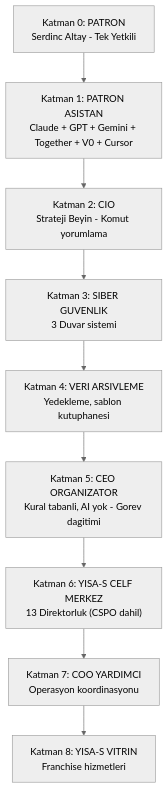
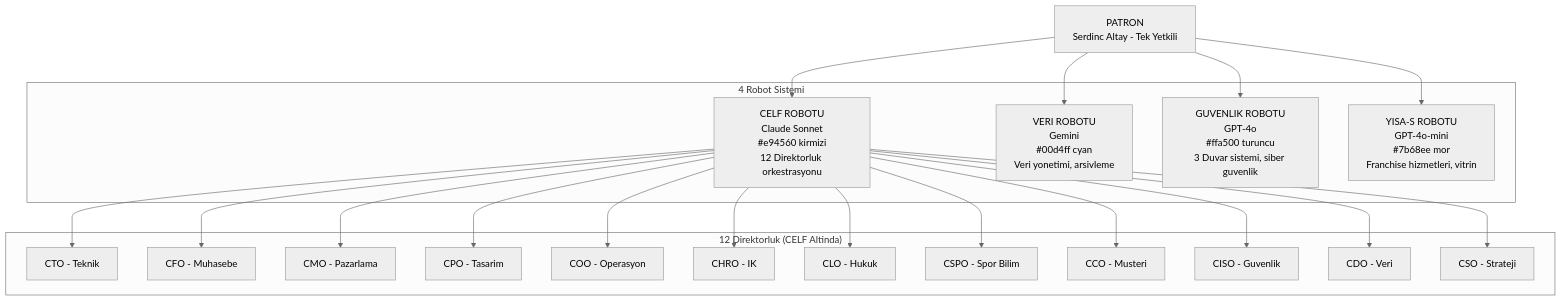
One commit to serdincaltay-ai/yisa-s-app changed the fourth of 5 diagrams in YISA-S-PROJE-SEMA-VE-DURUM.md. Above: the diagram before and after it, drawn with Mermaid (neutral theme). The commit also changed other lines of this file and 3 other files, not shown here.

First line of the commit message:
docs: 4 robot sistemi hizalamasi - CEO/CIO/COO referanslarini guncelle

````diff
--- a/YISA-S-PROJE-SEMA-VE-DURUM.md
+++ b/YISA-S-PROJE-SEMA-VE-DURUM.md
@@ -573,21 +573,43 @@
 ```mermaid
 graph TB
-    L0["Katman 0: PATRON<br/>Serdinc Altay - Tek Yetkili"]
-    L1["Katman 1: PATRON ASISTAN<br/>Claude + GPT + Gemini + Together + V0 + Cursor"]
-    L2["Katman 2: CIO<br/>Strateji Beyin - Komut yorumlama"]
-    L3["Katman 3: SIBER GUVENLIK<br/>3 Duvar sistemi"]
-    L4["Katman 4: VERI ARSIVLEME<br/>Yedekleme, sablon kutuphanesi"]
-    L5["Katman 5: CEO ORGANIZATOR<br/>Kural tabanli, AI yok - Gorev dagitimi"]
-    L6["Katman 6: YISA-S CELF MERKEZ<br/>13 Direktorluk (CSPO dahil)"]
-    L7["Katman 7: COO YARDIMCI<br/>Operasyon koordinasyonu"]
-    L8["Katman 8: YISA-S VITRIN<br/>Franchise hizmetleri"]
+    L0["PATRON<br/>Serdinc Altay - Tek Yetkili"]
 
-    L0 --> L1
-    L1 --> L2
-    L2 --> L3
-    L3 --> L4
-    L4 --> L5
-    L5 --> L6
-    L6 --> L7
-    L7 --> L8
+    subgraph "4 Robot Sistemi"
+        R1["CELF ROBOTU<br/>Claude Sonnet<br/>#e94560 kirmizi<br/>12 Direktorluk orkestrasyonu"]
+        R2["VERI ROBOTU<br/>Gemini<br/>#00d4ff cyan<br/>Veri yonetimi, arsivleme"]
+        R3["GUVENLIK ROBOTU<br/>GPT-4o<br/>#ffa500 turuncu<br/>3 Duvar sistemi, siber guvenlik"]
+        R4["YISA-S ROBOTU<br/>GPT-4o-mini<br/>#7b68ee mor<br/>Franchise hizmetleri, vitrin"]
+    end
+
+    subgraph "12 Direktorluk (CELF Altinda)"
+        D1["CTO - Teknik"]
+        D2["CFO - Muhasebe"]
+        D3["CMO - Pazarlama"]
+        D4["CPO - Tasarim"]
+        D5["COO - Operasyon"]
+        D6["CHRO - IK"]
+        D7["CLO - Hukuk"]
+        D8["CSPO - Spor Bilim"]
+        D9["CCO - Musteri"]
+        D10["CISO - Guvenlik"]
+        D11["CDO - Veri"]
+        D12["CSO - Strateji"]
+    end
+
+    L0 --> R1
+    L0 --> R2
+    L0 --> R3
+    L0 --> R4
+    R1 --> D1
+    R1 --> D2
+    R1 --> D3
+    R1 --> D4
+    R1 --> D5
+    R1 --> D6
+    R1 --> D7
+    R1 --> D8
+    R1 --> D9
+    R1 --> D10
+    R1 --> D11
+    R1 --> D12
 ```
````
